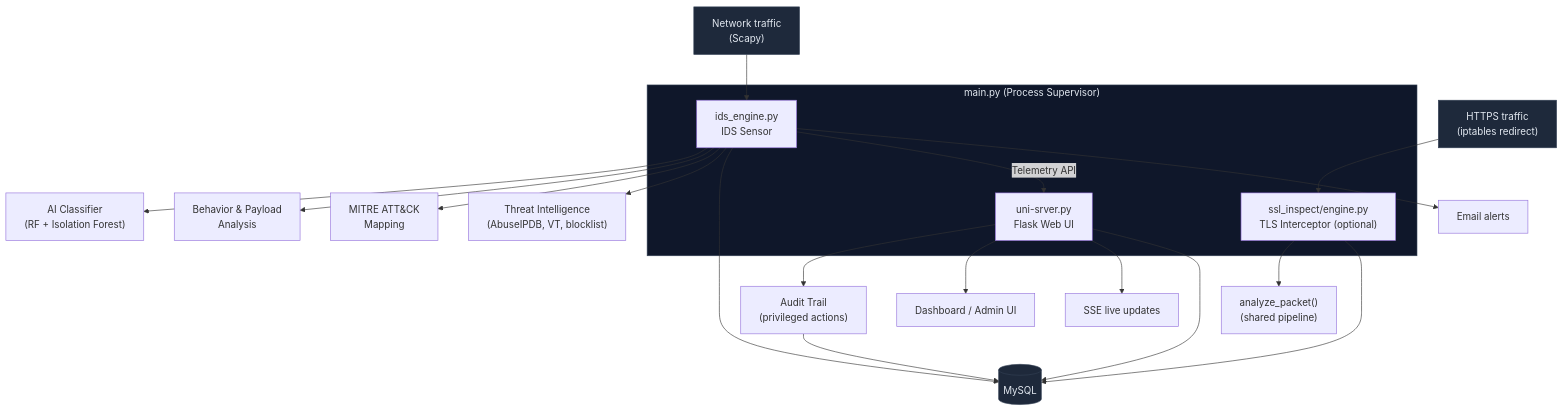
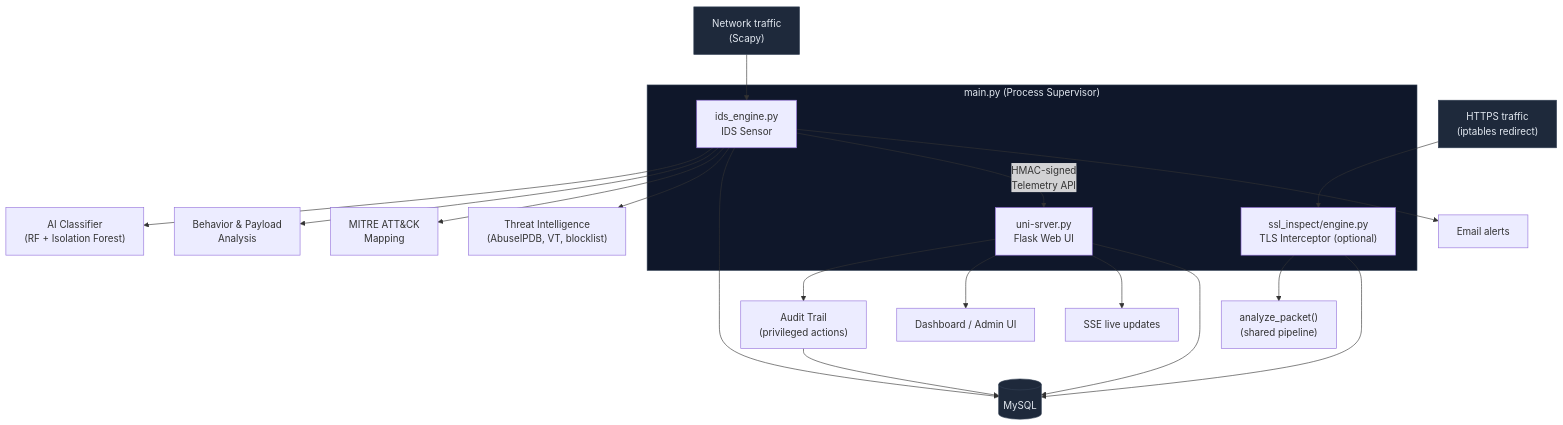
Before and after one commit to kamalx06/ids-bachelor-thesis: the diagram in README.md, drawn with Mermaid. The commit also changed other lines of this file and 4 other files, not shown here.

````diff
--- a/README.md
+++ b/README.md
@@ -57,30 +60,30 @@
 ```mermaid
 flowchart TB
     subgraph supervisor["main.py (Process Supervisor)"]
         WEB["uni-srver.py<br/>Flask Web UI"]
         IDS["ids_engine.py<br/>IDS Sensor"]
         SSL["ssl_inspect/engine.py<br/>TLS Interceptor (optional)"]
     end
 
     PCAP["Network traffic<br/>(Scapy)"] --> IDS
     HTTPS["HTTPS traffic<br/>(iptables redirect)"] --> SSL
     SSL --> ANALYZE["analyze_packet()<br/>(shared pipeline)"]
     IDS --> ML["AI Classifier<br/>(RF + Isolation Forest)"]
     IDS --> BEH["Behavior & Payload<br/>Analysis"]
     IDS --> MITRE["MITRE ATT&CK<br/>Mapping"]
     IDS --> TI["Threat Intelligence<br/>(AbuseIPDB, VT, blocklist)"]
     IDS --> MYSQL[(MySQL)]
     SSL --> MYSQL
     WEB --> AUDIT["Audit Trail<br/>(privileged actions)"]
     AUDIT --> MYSQL
-    IDS -->|"Telemetry API"| WEB
+    IDS -->|"HMAC-signed<br/>Telemetry API"| WEB
     WEB --> DASH["Dashboard / Admin UI"]
     WEB --> SSE["SSE live updates"]
     WEB --> MYSQL
     IDS --> ALERT["Email alerts"]
 
     style supervisor fill:#0f172a,stroke:#334155,color:#e2e8f0
     style PCAP fill:#1e293b,stroke:#334155,color:#e2e8f0
     style HTTPS fill:#1e293b,stroke:#334155,color:#e2e8f0
     style MYSQL fill:#1e293b,stroke:#334155,color:#e2e8f0
 ```
````
